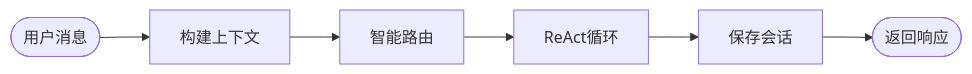
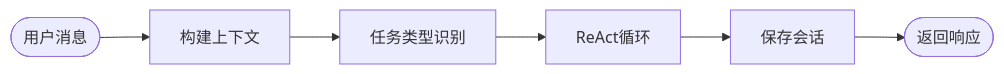
Before and after one commit to jesspig/micro-agent: the first of 4 diagrams in docs/core/agent.md, drawn with Mermaid. The commit also changed other lines of this file and 18 other files, not shown here.

````diff
--- a/docs/core/agent.md
+++ b/docs/core/agent.md
@@ -11,8 +11,8 @@
 ```mermaid
 flowchart LR
     Start([用户消息]) --> Context[构建上下文]
-    Context --> Route[智能路由]
+    Context --> Route[任务类型识别]
     Route --> React[ReAct循环]
     React --> Save[保存会话]
     Save --> End([返回响应])
 ```
````
